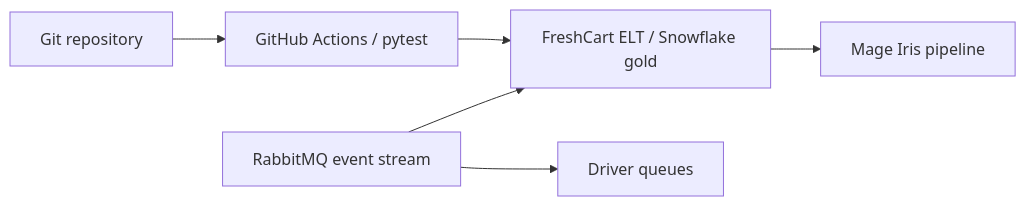
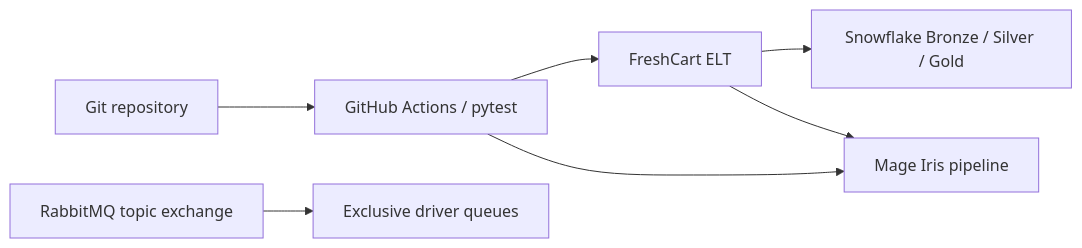
One commit to DevanshXerc90/freshcart-pipelines changed the diagram in reports/assignment_report.md. Above: the diagram before and after it, drawn with Mermaid. The commit also changed other lines of this file and 126 other files, not shown here.

````diff
--- a/reports/assignment_report.md
+++ b/reports/assignment_report.md
@@ -153,8 +258,9 @@
 ```mermaid
 flowchart LR
   Git[Git repository] --> CI[GitHub Actions / pytest]
-  CI --> ELT[FreshCart ELT / Snowflake gold]
-  ELT --> ML[Mage Iris pipeline]
-  Stream[RabbitMQ event stream] --> ELT
-  Stream --> Drivers[Driver queues]
+  CI --> ELT[FreshCart ELT]
+  ELT --> Snowflake[Snowflake Bronze / Silver / Gold]
+  ELT --> Mage[Mage Iris pipeline]
+  Events[RabbitMQ topic exchange] --> Drivers[Exclusive driver queues]
+  CI --> Mage
 ```
````
